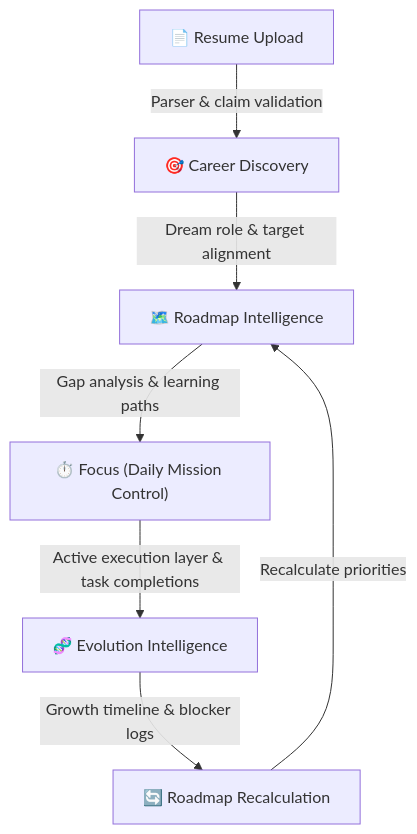
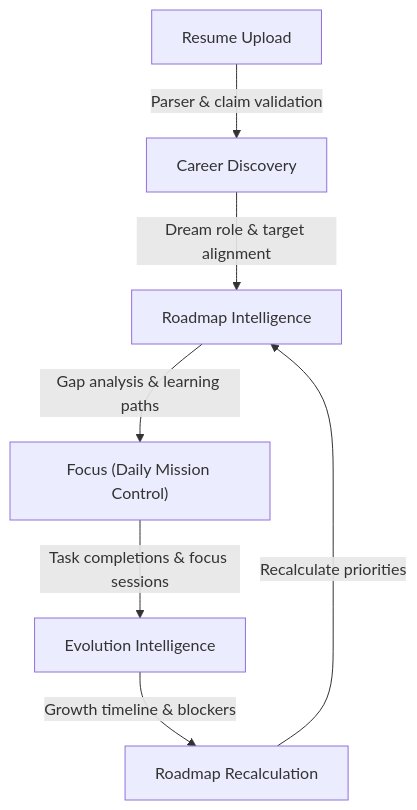
Before and after one commit to vbtgongithub/DevTrack: the diagram in README.md, drawn with Mermaid. The commit also changed other lines of this file and 16 other files, not shown here.

````diff
--- a/README.md
+++ b/README.md
@@ -22,9 +35,9 @@
 ```mermaid
 graph TD
-    A["📄 Resume Upload"] -->|Parser & claim validation| B["🎯 Career Discovery"]
-    B -->|Dream role & target alignment| C["🗺️ Roadmap Intelligence"]
-    C -->|Gap analysis & learning paths| D["⏱️ Focus (Daily Mission Control)"]
-    D -->|Active execution layer & task completions| E["🧬 Evolution Intelligence"]
-    E -->|Growth timeline & blocker logs| F["🔄 Roadmap Recalculation"]
+    A["Resume Upload"] -->|Parser & claim validation| B["Career Discovery"]
+    B -->|Dream role & target alignment| C["Roadmap Intelligence"]
+    C -->|Gap analysis & learning paths| D["Focus (Daily Mission Control)"]
+    D -->|Task completions & focus sessions| E["Evolution Intelligence"]
+    E -->|Growth timeline & blockers| F["Roadmap Recalculation"]
     F -->|Recalculate priorities| C
 ```
````
